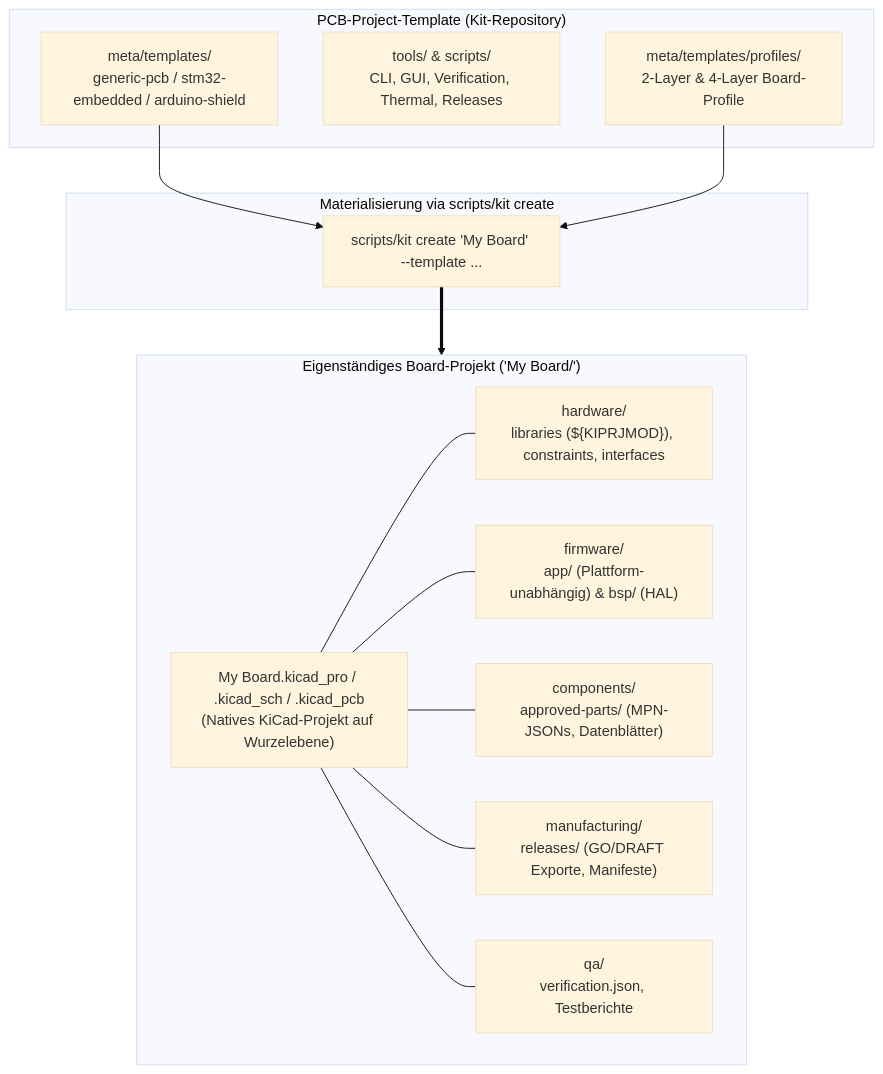
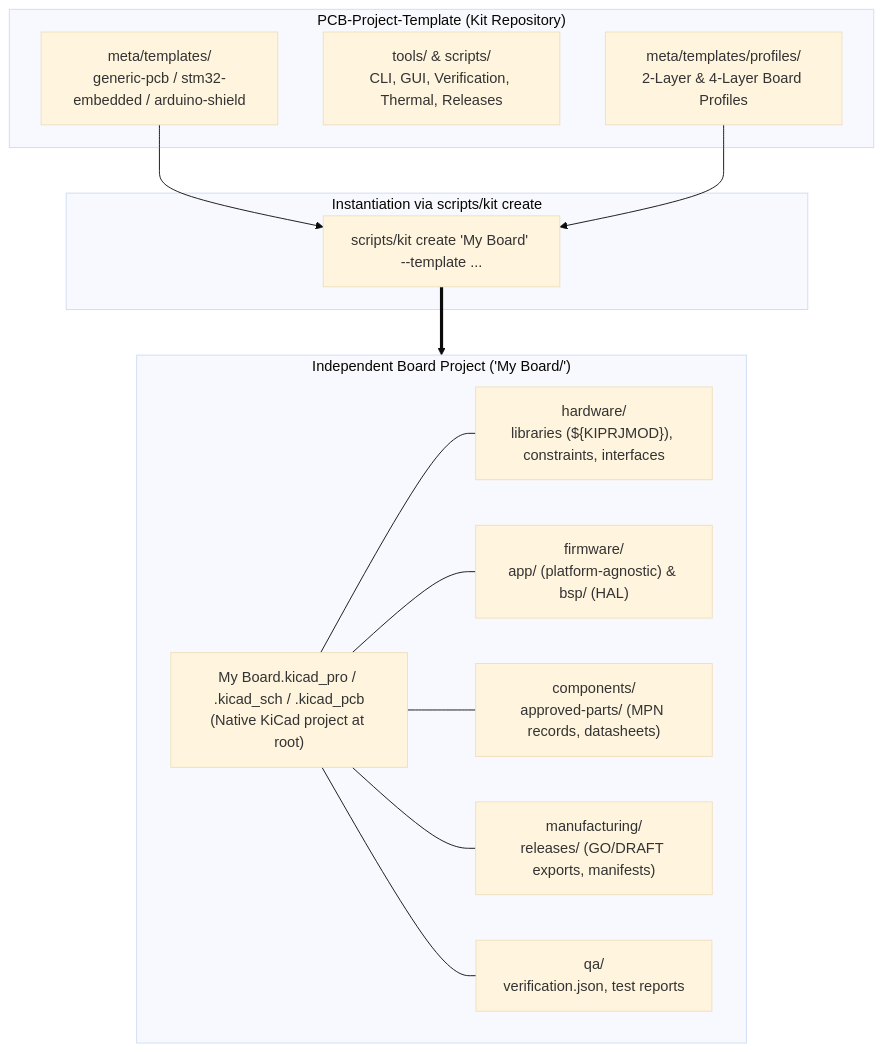
One commit to CagriCatik/PCB-Project-Template changed the diagram in docs/PROJECT_STRUCTURE.md. Above: the diagram before and after it, drawn with Mermaid (base theme). The commit also changed 18 other files, not shown here.

````diff
--- a/docs/PROJECT_STRUCTURE.md
+++ b/docs/PROJECT_STRUCTURE.md
@@ -53,31 +53,31 @@
 ```mermaid
 graph TD
-    subgraph KitRepo ["PCB-Project-Template (Kit-Repository)"]
+    subgraph KitRepo ["PCB-Project-Template (Kit Repository)"]
         TEMPLATES["meta/templates/<br/>generic-pcb / stm32-embedded / arduino-shield"]
-        KIT_TOOLS["tools/ & scripts/<br/>CLI, GUI, Verification, Thermal, Releases"]
-        PROFILES["meta/templates/profiles/<br/>2-Layer & 4-Layer Board-Profile"]
+        KIT_TOOLS["tools/ &amp; scripts/<br/>CLI, GUI, Verification, Thermal, Releases"]
+        PROFILES["meta/templates/profiles/<br/>2-Layer &amp; 4-Layer Board Profiles"]
     end
 
-    subgraph Generation ["Materialisierung via scripts/kit create"]
+    subgraph Generation ["Instantiation via scripts/kit create"]
         GEN_PROC["scripts/kit create 'My Board' --template ..."]
     end
 
-    subgraph UserProject ["Eigenständiges Board-Projekt ('My Board/')"]
-        PROJ_ROOT["My Board.kicad_pro / .kicad_sch / .kicad_pcb<br/>(Natives KiCad-Projekt auf Wurzelebene)"]
+    subgraph UserProject ["Independent Board Project ('My Board/')"]
+        PROJ_ROOT["My Board.kicad_pro / .kicad_sch / .kicad_pcb<br/>(Native KiCad project at root)"]
         HW["hardware/<br/>libraries (${KIPRJMOD}), constraints, interfaces"]
-        FW["firmware/<br/>app/ (Plattform-unabhängig) & bsp/ (HAL)"]
-        COMP["components/<br/>approved-parts/ (MPN-JSONs, Datenblätter)"]
-        MFG["manufacturing/<br/>releases/ (GO/DRAFT Exporte, Manifeste)"]
-        QA["qa/<br/>verification.json, Testberichte"]
+        FW["firmware/<br/>app/ (platform-agnostic) &amp; bsp/ (HAL)"]
+        COMP["components/<br/>approved-parts/ (MPN records, datasheets)"]
+        MFG["manufacturing/<br/>releases/ (GO/DRAFT exports, manifests)"]
+        QA["qa/<br/>verification.json, test reports"]
     end
 
     TEMPLATES --> GEN_PROC
     PROFILES --> GEN_PROC
     GEN_PROC ==> UserProject
 
     PROJ_ROOT --- HW
     PROJ_ROOT --- FW
     PROJ_ROOT --- COMP
     PROJ_ROOT --- MFG
     PROJ_ROOT --- QA
 ```
````
